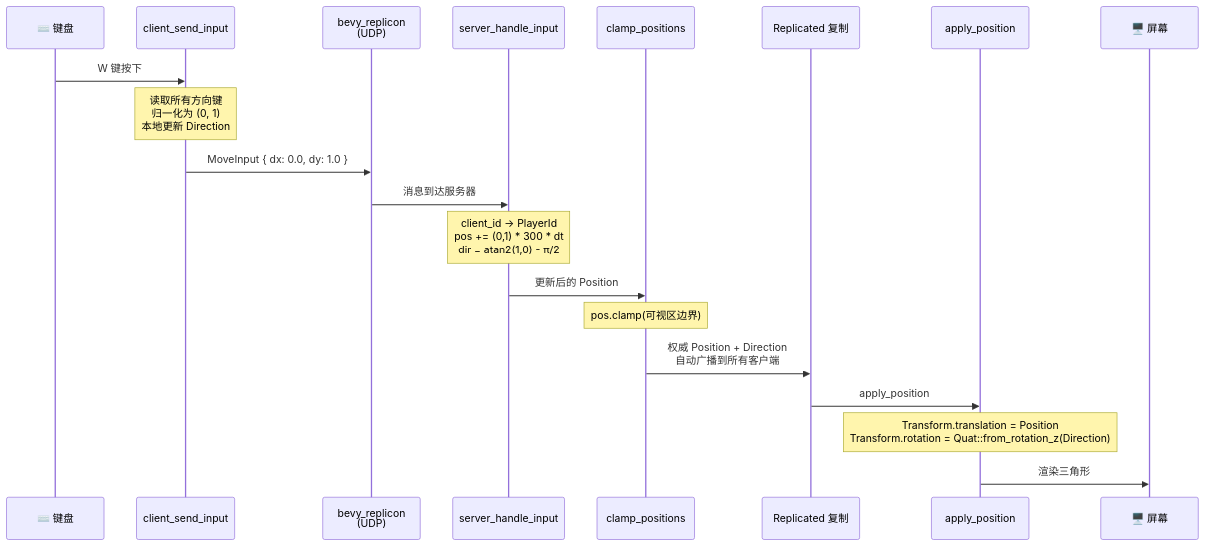
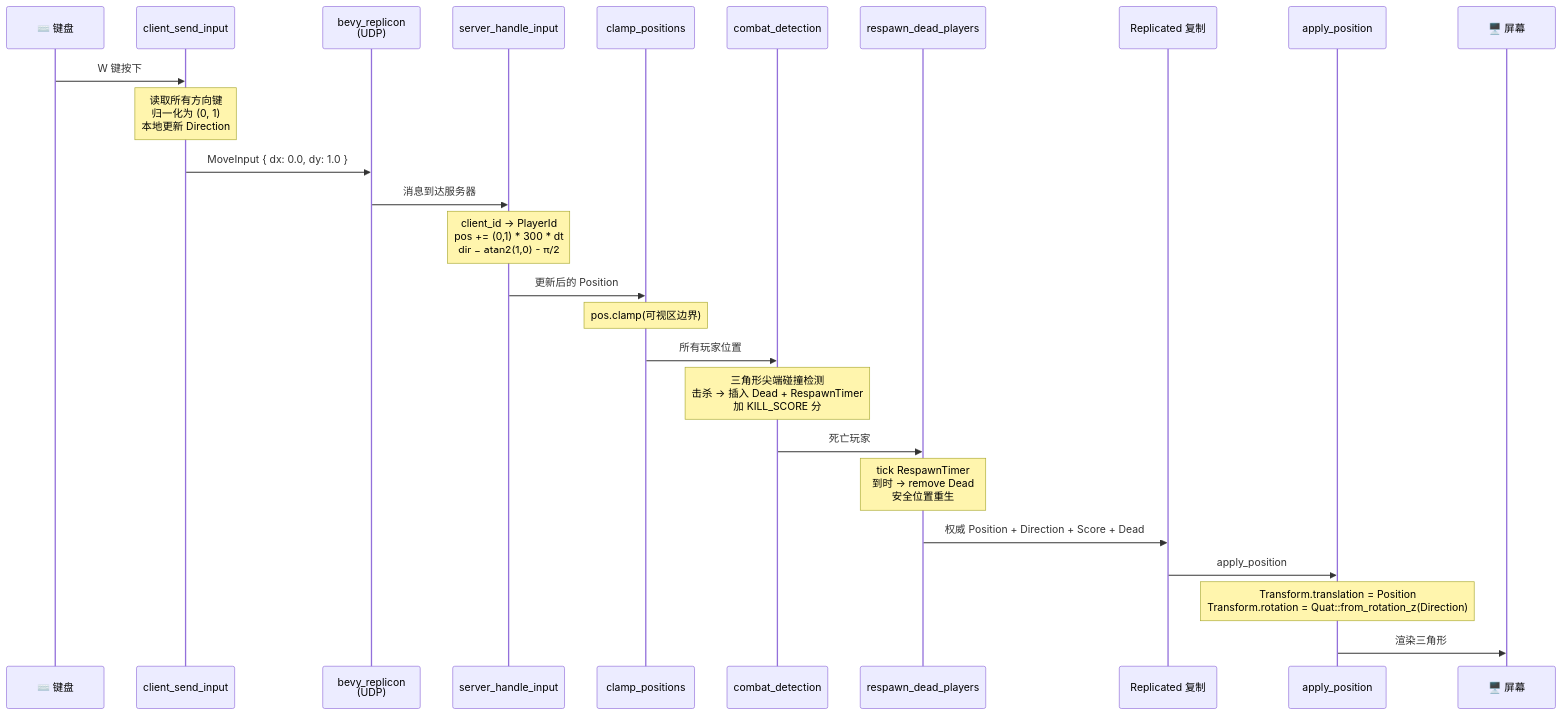
The fourth of 5 diagrams in LEARN.md (kindywu/simple_bevy), drawn with Mermaid before and after one commit. The commit also changed other lines of this file, not shown here.

````diff
--- a/LEARN.md
+++ b/LEARN.md
@@ -269,23 +699,29 @@
 ```mermaid
 sequenceDiagram
     participant KB as ⌨️ 键盘
     participant CSI as client_send_input
     participant NET as bevy_replicon<br/>(UDP)
     participant SHI as server_handle_input
     participant CP as clamp_positions
+    participant COMBAT as combat_detection
+    participant RESPAWN as respawn_dead_players
     participant REP as Replicated 复制
     participant AP as apply_position
     participant GPU as 🖥️ 屏幕
 
     KB->>CSI: W 键按下
     Note over CSI: 读取所有方向键<br/>归一化为 (0, 1)<br/>本地更新 Direction
     CSI->>NET: MoveInput { dx: 0.0, dy: 1.0 }
     NET->>SHI: 消息到达服务器
     Note over SHI: client_id → PlayerId<br/>pos += (0,1) * 300 * dt<br/>dir = atan2(1,0) - π/2
     SHI->>CP: 更新后的 Position
     Note over CP: pos.clamp(可视区边界)
-    CP->>REP: 权威 Position + Direction<br/>自动广播到所有客户端
+    CP->>COMBAT: 所有玩家位置
+    Note over COMBAT: 三角形尖端碰撞检测<br/>击杀 → 插入 Dead + RespawnTimer<br/>加 KILL_SCORE 分
+    COMBAT->>RESPAWN: 死亡玩家
+    Note over RESPAWN: tick RespawnTimer<br/>到时 → remove Dead<br/>安全位置重生
+    RESPAWN->>REP: 权威 Position + Direction + Score + Dead
     REP->>AP: apply_position
     Note over AP: Transform.translation = Position<br/>Transform.rotation = Quat::from_rotation_z(Direction)
     AP->>GPU: 渲染三角形
 ```
````
